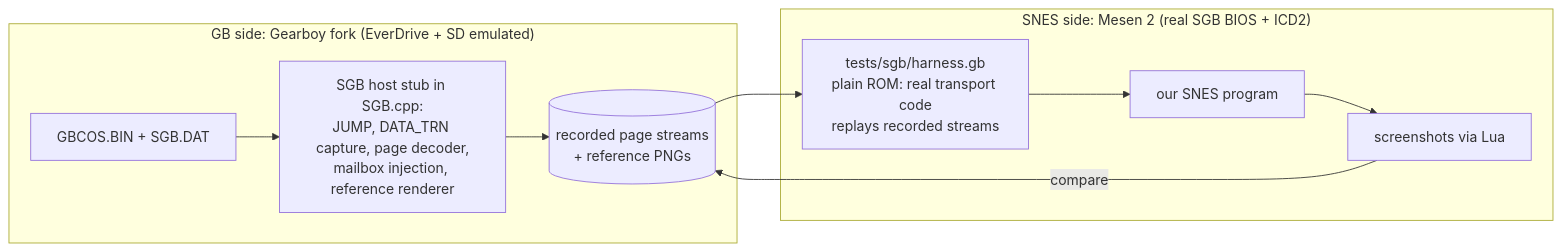
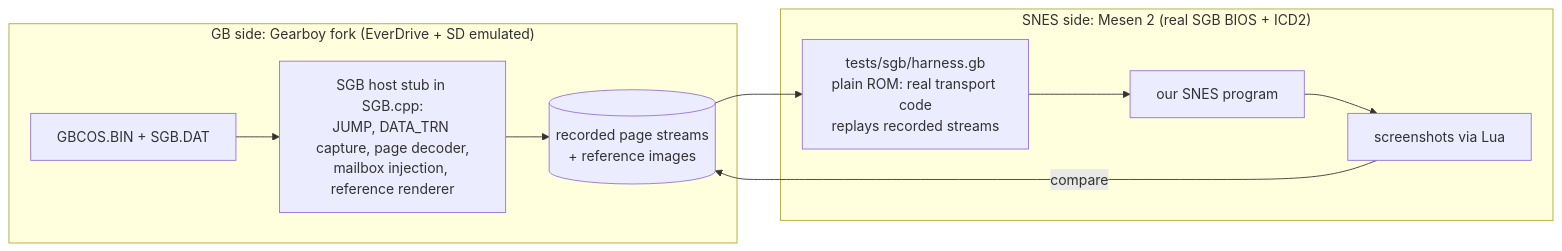
One commit to Q-Bert-Reynolds/fatpak changed the second of 2 diagrams in notes/SGB.md. Above: the diagram before and after it, drawn with Mermaid. The commit also changed other lines of this file and 9 other files, not shown here.

````diff
--- a/notes/SGB.md
+++ b/notes/SGB.md
@@ -673,13 +731,13 @@
 ```mermaid
 flowchart LR
   subgraph L2["GB side: Gearboy fork (EverDrive + SD emulated)"]
     os[GBCOS.BIN + SGB.DAT] --> stub[SGB host stub in SGB.cpp:<br/>JUMP, DATA_TRN capture, page decoder,<br/>mailbox injection, reference renderer]
-    stub --> rec[(recorded page streams<br/>+ reference PNGs)]
+    stub --> rec[(recorded page streams<br/>+ reference images)]
   end
   subgraph L3["SNES side: Mesen 2 (real SGB BIOS + ICD2)"]
     harness[tests/sgb/harness.gb<br/>plain ROM: real transport code<br/>replays recorded streams] --> snes[our SNES program]
     snes --> shots[screenshots via Lua]
   end
   rec --> harness
   shots -->|compare| rec
 ```
````
